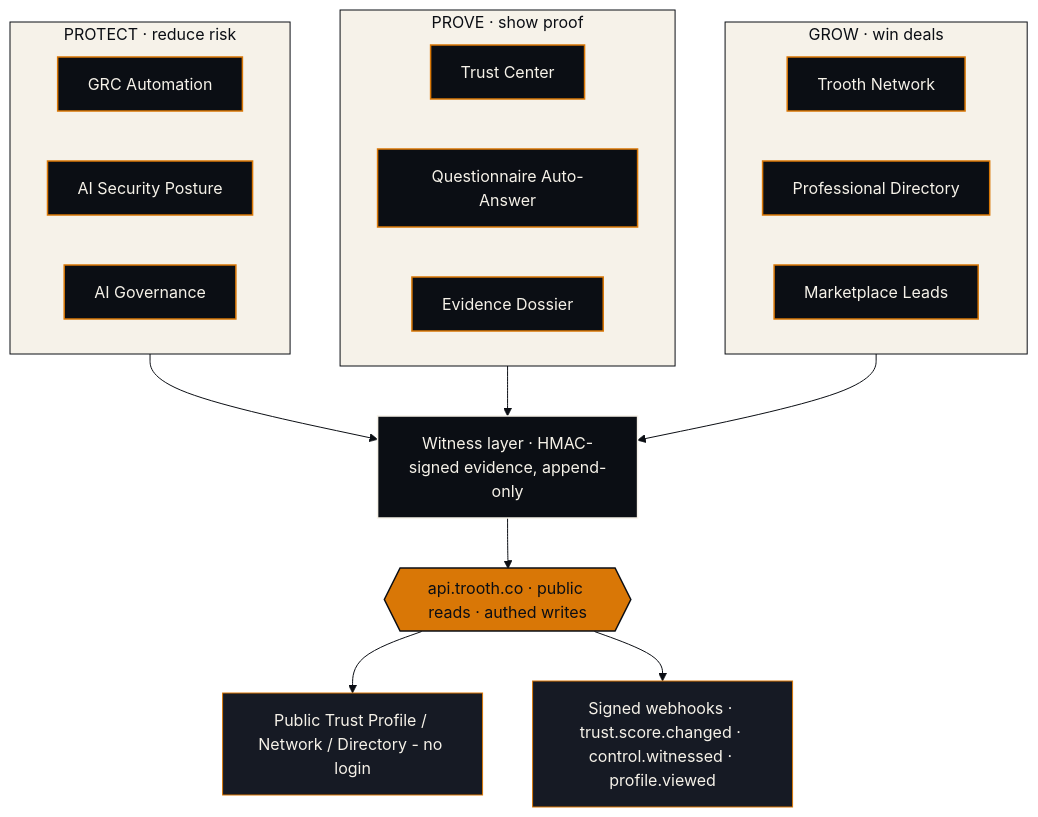
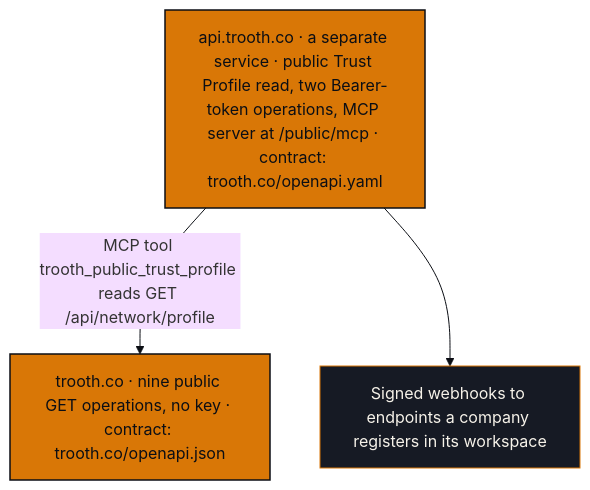
One commit to troothllc/trooth-openapi changed the diagram in docs/ARCHITECTURE.md. Above: the diagram before and after it, drawn with Mermaid. The commit also changed other lines of this file and 7 other files, not shown here.

First line of the commit message:
Bring this repository's text in line with the Trooth Network's current copy

````diff
--- a/docs/ARCHITECTURE.md
+++ b/docs/ARCHITECTURE.md
@@ -7,35 +8,11 @@
 ```mermaid
 %%{init: {'theme':'base','themeVariables':{'fontFamily':'IBM Plex Mono, monospace','clusterBkg':'#f6f2e9','clusterBorder':'#0b0e14','titleColor':'#0b0e14','textColor':'#0b0e14','lineColor':'#0b0e14'}}}%%
 flowchart TB
-  subgraph PROTECT["PROTECT · reduce risk"]
-    A1[GRC Automation]:::c
-    A2[AI Security Posture]:::c
-    A3[AI Governance]:::c
-  end
-  subgraph PROVE["PROVE · show proof"]
-    B1[Trust Center]:::c
-    B2[Questionnaire Auto-Answer]:::c
-    B3[Evidence Dossier]:::c
-  end
-  subgraph GROW["GROW · win deals"]
-    C1[Trooth Network]:::c
-    C2[Professional Directory]:::c
-    C3[Marketplace Leads]:::c
-  end
+  WEB["trooth.co · nine public GET operations, no key · contract: trooth.co/openapi.json"]:::api
+  API["api.trooth.co · a separate service · public Trust Profile read, two Bearer-token operations, MCP server at /public/mcp · contract: trooth.co/openapi.yaml"]:::api
+  API -- "MCP tool trooth_public_trust_profile reads GET /api/network/profile" --> WEB
+  API --> HOOK["Signed webhooks to endpoints a company registers in its workspace"]:::dark
 
-  PROTECT --> W
-  PROVE --> W
-  GROW --> W
-  W["Witness layer · HMAC-signed evidence, append-only"]:::w
-  W --> API{{"api.trooth.co · public reads · authed writes"}}:::api
-  API --> PUB["Public Trust Profile / Network / Directory - no login"]:::dark
-  API --> HOOK["Signed webhooks · trust.score.changed · control.witnessed · profile.viewed"]:::dark
-
-  classDef c fill:#0b0e14,stroke:#d97706,stroke-width:1.5px,color:#f6f2e9;
-  classDef w fill:#0b0e14,stroke:#f6f2e9,stroke-width:1.5px,color:#f6f2e9;
   classDef api fill:#d97706,stroke:#0b0e14,stroke-width:1.5px,color:#0b0e14;
   classDef dark fill:#161a24,stroke:#d97706,color:#f6f2e9;
-  style PROTECT fill:#f6f2e9,stroke:#0b0e14,stroke-width:1px,color:#0b0e14
-  style PROVE fill:#f6f2e9,stroke:#0b0e14,stroke-width:1px,color:#0b0e14
-  style GROW fill:#f6f2e9,stroke:#0b0e14,stroke-width:1px,color:#0b0e14
 ```
````
